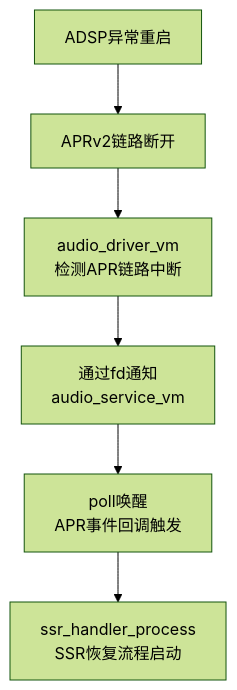
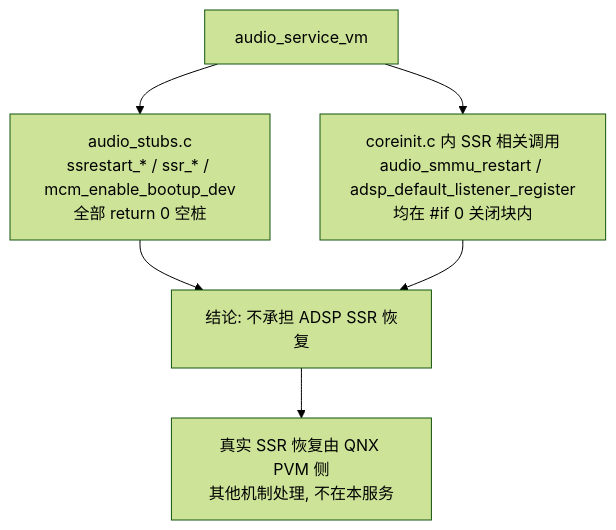
Before and after one commit to yanglinzhen1022/SA8295_AAOS_QNX_Audio_KnowledgeBase: the eighth of 11 diagrams in 16_Vendor_QNX_Architecture/16_16.17_QNX_audio_service_vm_VM音频服务.md, drawn with Mermaid (forest theme). The commit also changed other lines of this file and 48 other files, not shown here.

````diff
--- a/16_Vendor_QNX_Architecture/16_16.17_QNX_audio_service_vm_VM音频服务.md
+++ b/16_Vendor_QNX_Architecture/16_16.17_QNX_audio_service_vm_VM音频服务.md
@@ -1030,8 +678,9 @@
 ```mermaid
 graph TB
-    ADSP_Crash[ADSP异常重启] --> APR_Down[APRv2链路断开]
-    APR_Down --> Driver_Detect[audio_driver_vm<br/>检测APR链路中断]
-    Driver_Detect --> Notify[通过fd通知<br/>audio_service_vm]
-    Notify --> Poll_Wake[poll唤醒<br/>APR事件回调触发]
-    Poll_Wake --> SSR_Handler[ssr_handler_process<br/>SSR恢复流程启动]
+    Note[audio_service_vm]
+    Note --> Stub[audio_stubs.c<br/>ssrestart_* / ssr_* / mcm_enable_bootup_dev<br/>全部 return 0 空桩]
+    Note --> Off[coreinit.c 内 SSR 相关调用<br/>audio_smmu_restart / adsp_default_listener_register<br/>均在 #if 0 关闭块内]
+    Stub --> Concl[结论: 不承担 ADSP SSR 恢复]
+    Off --> Concl
+    Concl --> Elsewhere[真实 SSR 恢复由 QNX PVM 侧<br/>其他机制处理, 不在本服务]
 ```
````
